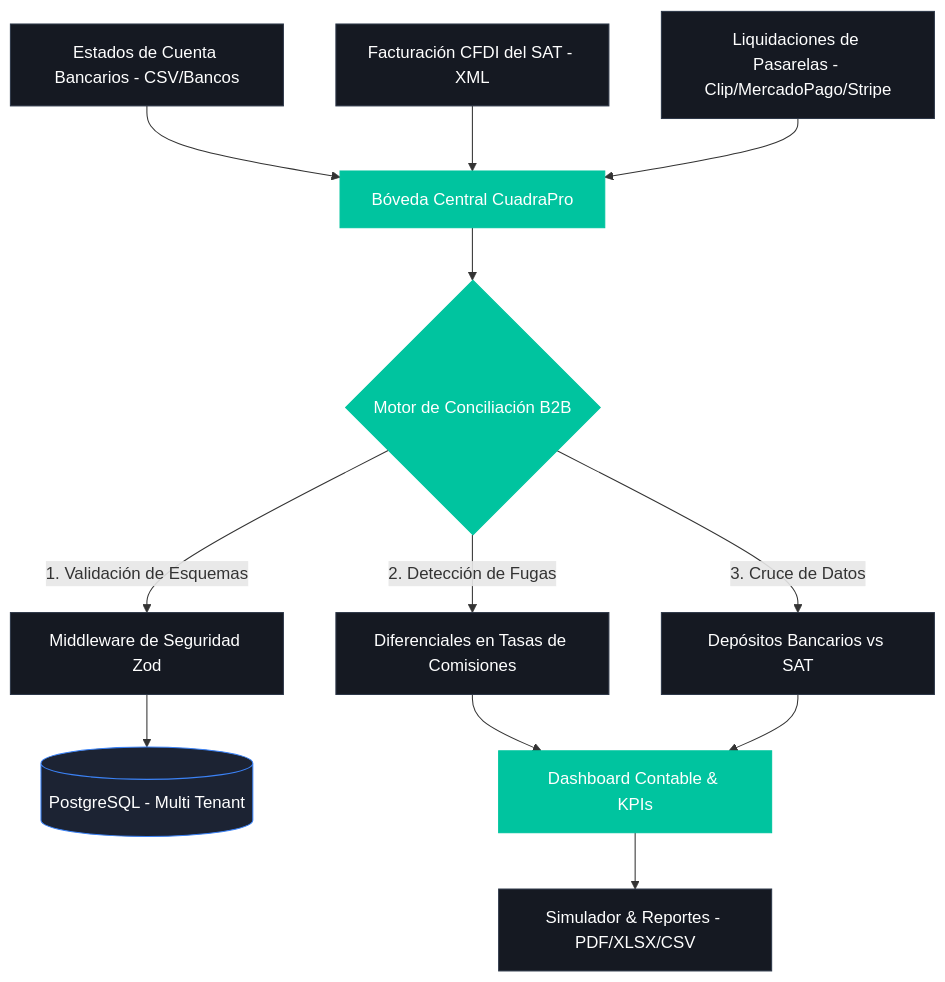
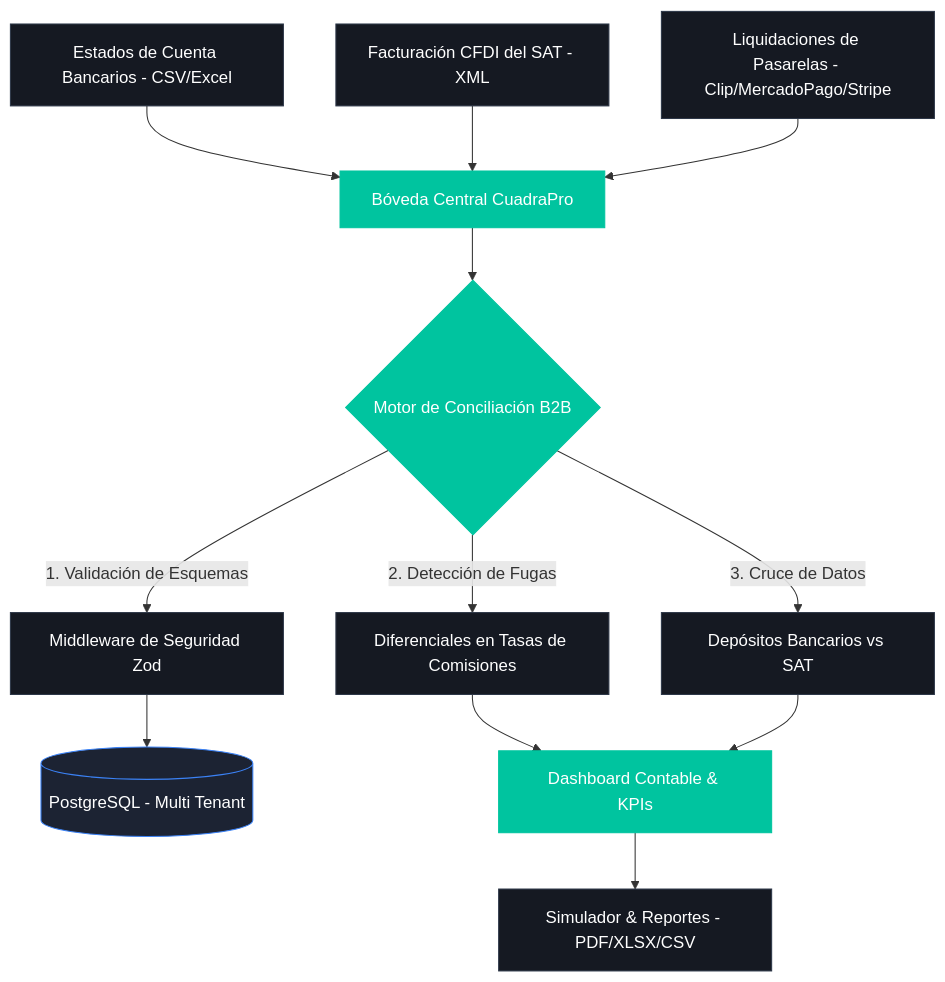
Before and after one commit to INTERTEXAS/CuadraPro: the diagram in README.md, drawn with Mermaid. The commit also changed other lines of this file and 3 other files, not shown here.

````diff
--- a/README.md
+++ b/README.md
@@ -31,20 +31,20 @@
 ```mermaid
 flowchart TD
     classDef highlight fill:#00C49F,stroke:#00C49F,stroke-width:1px,color:#fff;
     classDef normal fill:#151922,stroke:#2d3748,stroke-width:1px,color:#fff;
     classDef database fill:#1c2333,stroke:#3b82f6,stroke-width:1px,color:#fff;
 
-    A[Estados de Cuenta Bancarios - CSV/Bancos]:::normal --> D[Bóveda Central CuadraPro]:::highlight
+    A[Estados de Cuenta Bancarios - CSV/Excel]:::normal --> D[Bóveda Central CuadraPro]:::highlight
     B[Facturación CFDI del SAT - XML]:::normal --> D
     C[Liquidaciones de Pasarelas - Clip/MercadoPago/Stripe]:::normal --> D
 
     D --> E{Motor de Conciliación B2B}:::highlight
     E -->|1. Validación de Esquemas| F[Middleware de Seguridad Zod]:::normal
     E -->|2. Detección de Fugas| G[Diferenciales en Tasas de Comisiones]:::normal
     E -->|3. Cruce de Datos| H[Depósitos Bancarios vs SAT]:::normal
 
     F --> I[(PostgreSQL - Multi Tenant)]:::database
     G --> J[Dashboard Contable & KPIs]:::highlight
     H --> J
     J --> K[Simulador & Reportes - PDF/XLSX/CSV]:::normal
 ```
````
